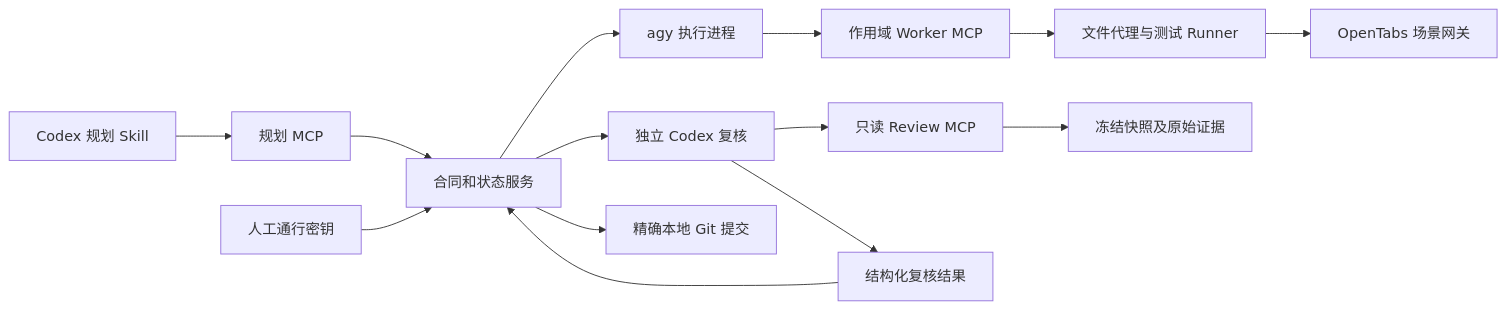
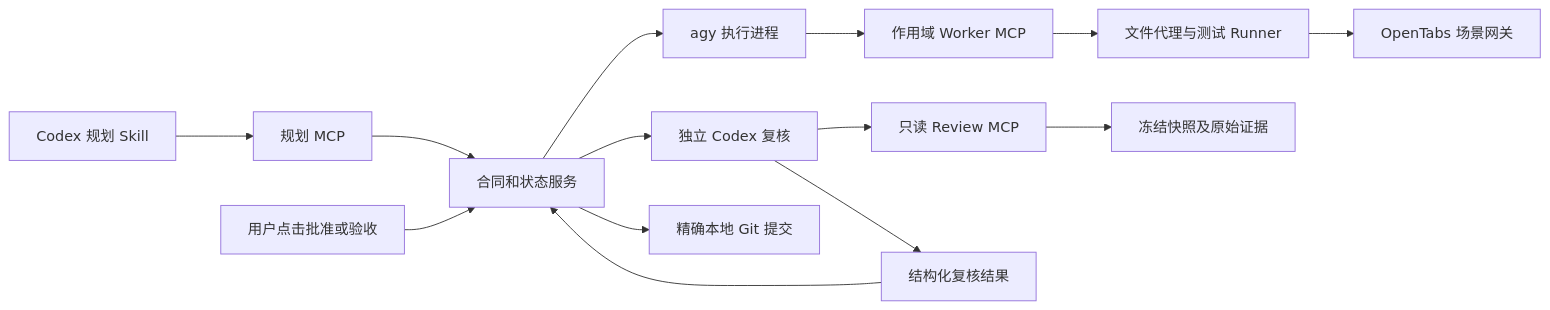
Before and after one commit to zephyrw/dev-flow: the diagram in docs/design/实施接口与原计划对应.md, drawn with Mermaid. The commit also changed other lines of this file and 53 other files, not shown here.

````diff
--- a/docs/design/实施接口与原计划对应.md
+++ b/docs/design/实施接口与原计划对应.md
@@ -24,16 +24,16 @@
 ```mermaid
 flowchart LR
   P[Codex 规划 Skill] --> PM[规划 MCP]
   PM --> S[合同和状态服务]
-  H[人工通行密钥] --> S
+  H[用户点击批准或验收] --> S
   S --> E[agy 执行进程]
   E --> WM[作用域 Worker MCP]
   WM --> F[文件代理与测试 Runner]
   F --> B[OpenTabs 场景网关]
   S --> R[独立 Codex 复核]
   R --> RM[只读 Review MCP]
   RM --> A[冻结快照及原始证据]
   R --> J[结构化复核结果]
   J --> S
   S --> G[精确本地 Git 提交]
 ```
````
